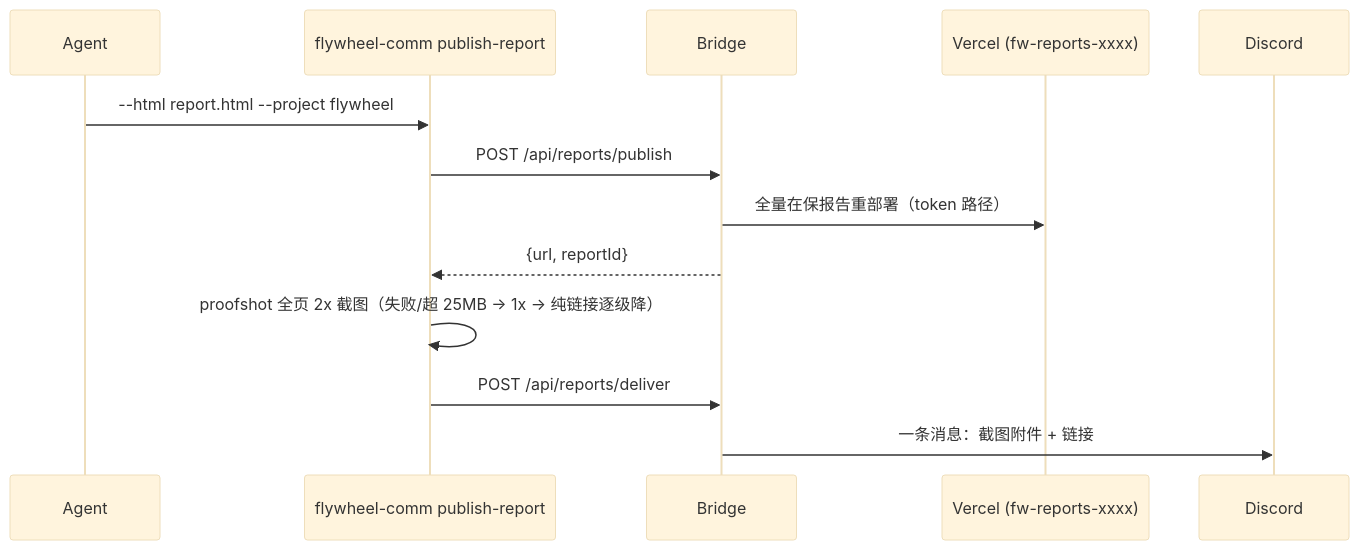
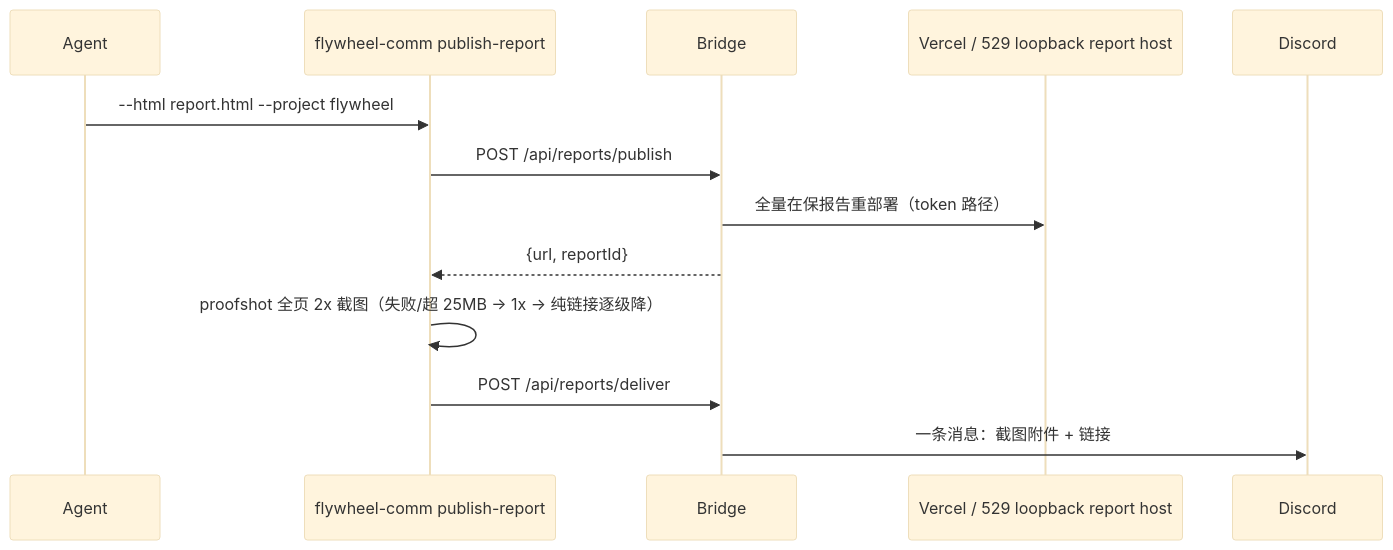
One commit to xrliAnnie/flywheel-qa-sandbox changed the diagram in doc/reference/remote-report-pipeline.md. Above: the diagram before and after it, drawn with Mermaid (base theme). The commit also changed other lines of this file and 37 other files, not shown here.

````diff
--- a/doc/reference/remote-report-pipeline.md
+++ b/doc/reference/remote-report-pipeline.md
@@ -56,16 +57,16 @@
 ```mermaid
 sequenceDiagram
     participant A as Agent
     participant CLI as flywheel-comm publish-report
     participant B as Bridge
-    participant V as Vercel (fw-reports-xxxx)
+    participant V as Vercel / 529 loopback report host
     participant D as Discord
 
     A->>CLI: --html report.html --project flywheel
     CLI->>B: POST /api/reports/publish
     B->>V: 全量在保报告重部署（token 路径）
     B-->>CLI: {url, reportId}
     CLI->>CLI: proofshot 全页 2x 截图（失败/超 25MB → 1x → 纯链接逐级降）
     CLI->>B: POST /api/reports/deliver
     B->>D: 一条消息：截图附件 + 链接
 ```
````
